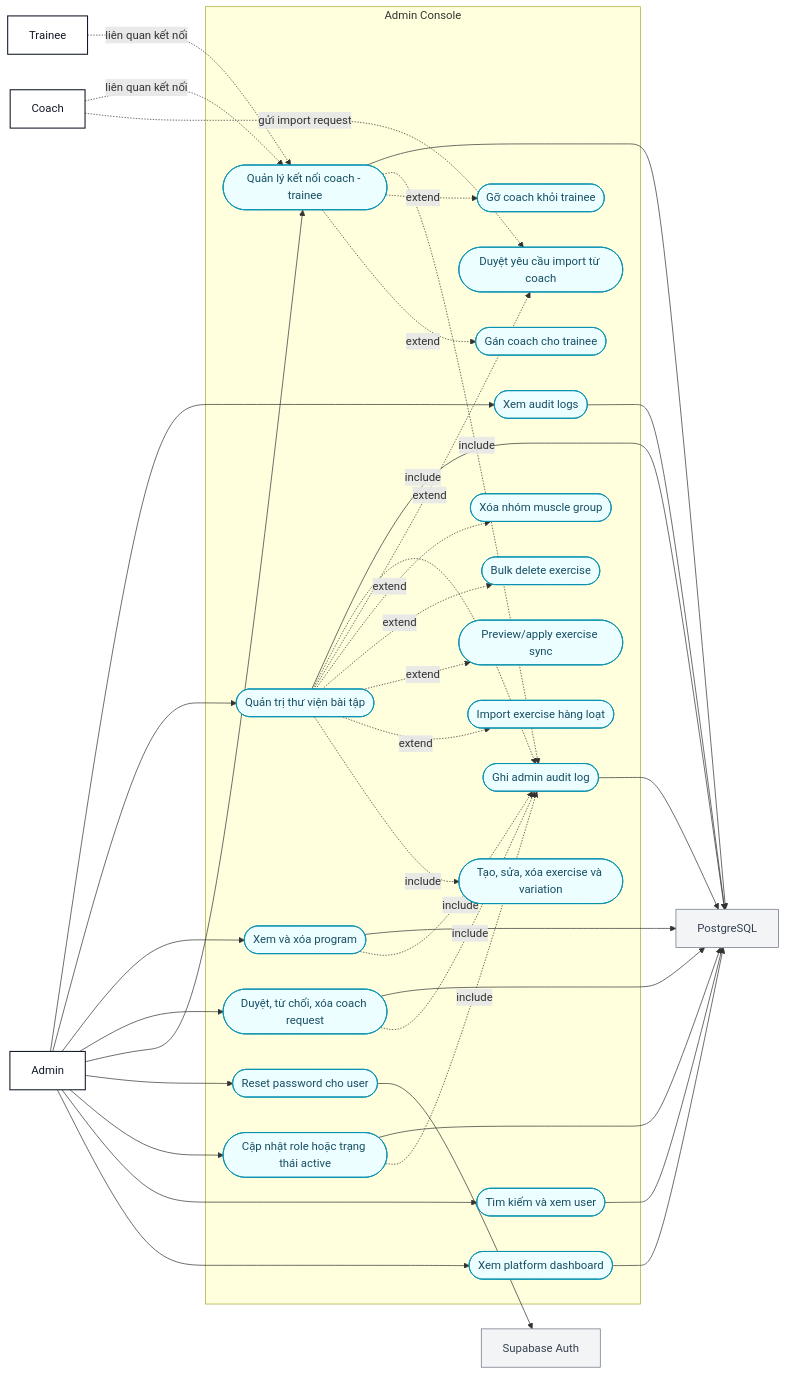
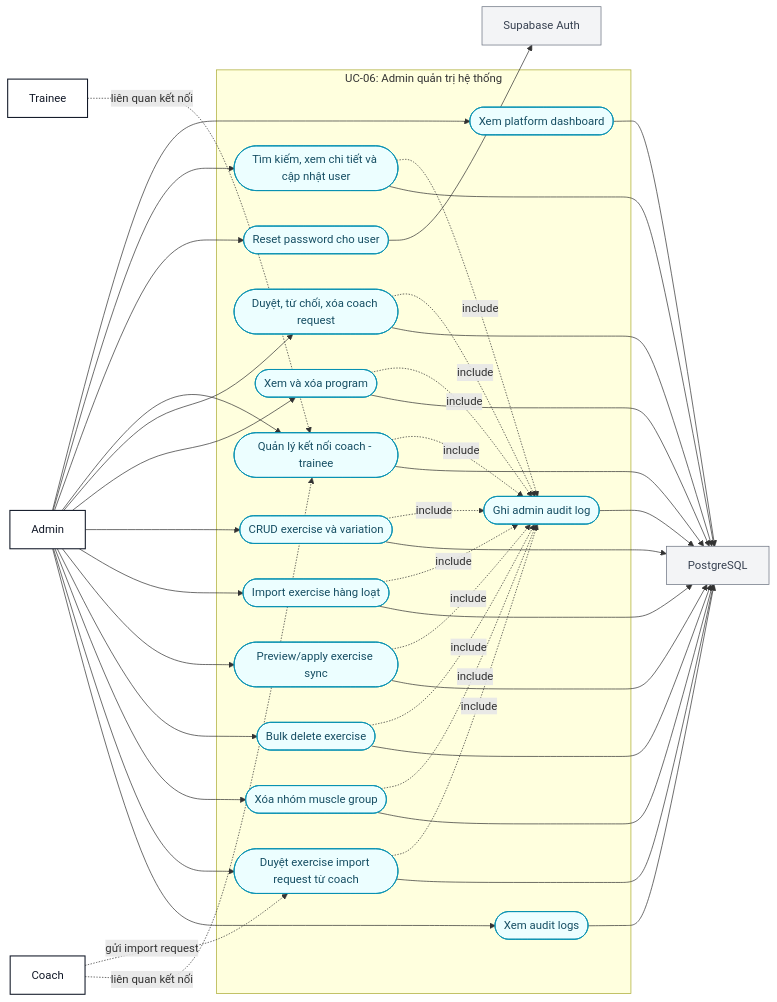
The seventh of 7 diagrams in docs/use-case-diagrams.md (hominhduc-dev/fitness-tracking-webapp), drawn with Mermaid before and after one commit. The commit also changed other lines of this file and 4 other files, not shown here.

Commit message:
docs(diagrams): align analysis docs to six use cases

````diff
--- a/docs/use-case-diagrams.md
+++ b/docs/use-case-diagrams.md
@@ -330,71 +365,72 @@
 ```mermaid
 flowchart LR
   Admin["Admin"]:::actor
   Coach["Coach"]:::actor
   Trainee["Trainee"]:::actor
   SupabaseAuth["Supabase Auth"]:::external
   DB["PostgreSQL"]:::external
 
-  subgraph SYS["Admin Console"]
+  subgraph UC06["UC-06: Admin quản trị hệ thống"]
     AdminDashboard([Xem platform dashboard]):::usecase
-    ListUsers([Tìm kiếm và xem user]):::usecase
-    UpdateUser([Cập nhật role hoặc trạng thái active]):::usecase
+    ManageUsers([Tìm kiếm, xem chi tiết và cập nhật user]):::usecase
     ResetUserPassword([Reset password cho user]):::usecase
     ManageConnections([Quản lý kết nối coach - trainee]):::usecase
-    AssignCoach([Gán coach cho trainee]):::usecase
-    RemoveCoach([Gỡ coach khỏi trainee]):::usecase
     ModerateCoachRequests([Duyệt, từ chối, xóa coach request]):::usecase
     ReviewPrograms([Xem và xóa program]):::usecase
-    CurateExerciseLibrary([Quản trị thư viện bài tập]):::usecase
-    CRUDExercise([Tạo, sửa, xóa exercise và variation]):::usecase
+    ManageExercises([CRUD exercise và variation]):::usecase
     ImportExercises([Import exercise hàng loạt]):::usecase
     SyncExercises([Preview/apply exercise sync]):::usecase
     BulkDeleteExercises([Bulk delete exercise]):::usecase
     DeleteExerciseGroup([Xóa nhóm muscle group]):::usecase
-    ReviewExerciseImports([Duyệt yêu cầu import từ coach]):::usecase
+    ReviewExerciseImports([Duyệt exercise import request từ coach]):::usecase
     ViewAuditLogs([Xem audit logs]):::usecase
     WriteAuditLog([Ghi admin audit log]):::usecase
   end
 
   Admin --> AdminDashboard
-  Admin --> ListUsers
-  Admin --> UpdateUser
+  Admin --> ManageUsers
   Admin --> ResetUserPassword
   Admin --> ManageConnections
   Admin --> ModerateCoachRequests
   Admin --> ReviewPrograms
-  Admin --> CurateExerciseLibrary
+  Admin --> ManageExercises
+  Admin --> ImportExercises
+  Admin --> SyncExercises
+  Admin --> BulkDeleteExercises
+  Admin --> DeleteExerciseGroup
+  Admin --> ReviewExerciseImports
   Admin --> ViewAuditLogs
   Coach -. gửi import request .-> ReviewExerciseImports
   Coach -. liên quan kết nối .-> ManageConnections
   Trainee -. liên quan kết nối .-> ManageConnections
 
-  ManageConnections -. extend .-> AssignCoach
-  ManageConnections -. extend .-> RemoveCoach
-  CurateExerciseLibrary -. include .-> CRUDExercise
-  CurateExerciseLibrary -. extend .-> ImportExercises
-  CurateExerciseLibrary -. extend .-> SyncExercises
-  CurateExerciseLibrary -. extend .-> BulkDeleteExercises
-  CurateExerciseLibrary -. extend .-> DeleteExerciseGroup
-  CurateExerciseLibrary -. extend .-> ReviewExerciseImports
-  UpdateUser -. include .-> WriteAuditLog
+  ResetUserPassword --> SupabaseAuth
+  ManageUsers -. include .-> WriteAuditLog
   ManageConnections -. include .-> WriteAuditLog
   ModerateCoachRequests -. include .-> WriteAuditLog
-  CurateExerciseLibrary -. include .-> WriteAuditLog
   ReviewPrograms -. include .-> WriteAuditLog
-  ResetUserPassword --> SupabaseAuth
+  ManageExercises -. include .-> WriteAuditLog
+  ImportExercises -. include .-> WriteAuditLog
+  SyncExercises -. include .-> WriteAuditLog
+  BulkDeleteExercises -. include .-> WriteAuditLog
+  DeleteExerciseGroup -. include .-> WriteAuditLog
+  ReviewExerciseImports -. include .-> WriteAuditLog
 
   AdminDashboard --> DB
-  ListUsers --> DB
-  UpdateUser --> DB
+  ManageUsers --> DB
   ManageConnections --> DB
   ModerateCoachRequests --> DB
   ReviewPrograms --> DB
-  CurateExerciseLibrary --> DB
+  ManageExercises --> DB
+  ImportExercises --> DB
+  SyncExercises --> DB
+  BulkDeleteExercises --> DB
+  DeleteExerciseGroup --> DB
+  ReviewExerciseImports --> DB
   ViewAuditLogs --> DB
   WriteAuditLog --> DB
 
   classDef actor fill:#ffffff,stroke:#111827,stroke-width:1.5px,color:#111827;
   classDef usecase fill:#ecfeff,stroke:#0891b2,stroke-width:1.2px,color:#164e63;
   classDef external fill:#f3f4f6,stroke:#6b7280,stroke-width:1px,color:#374151;
 ```
````
